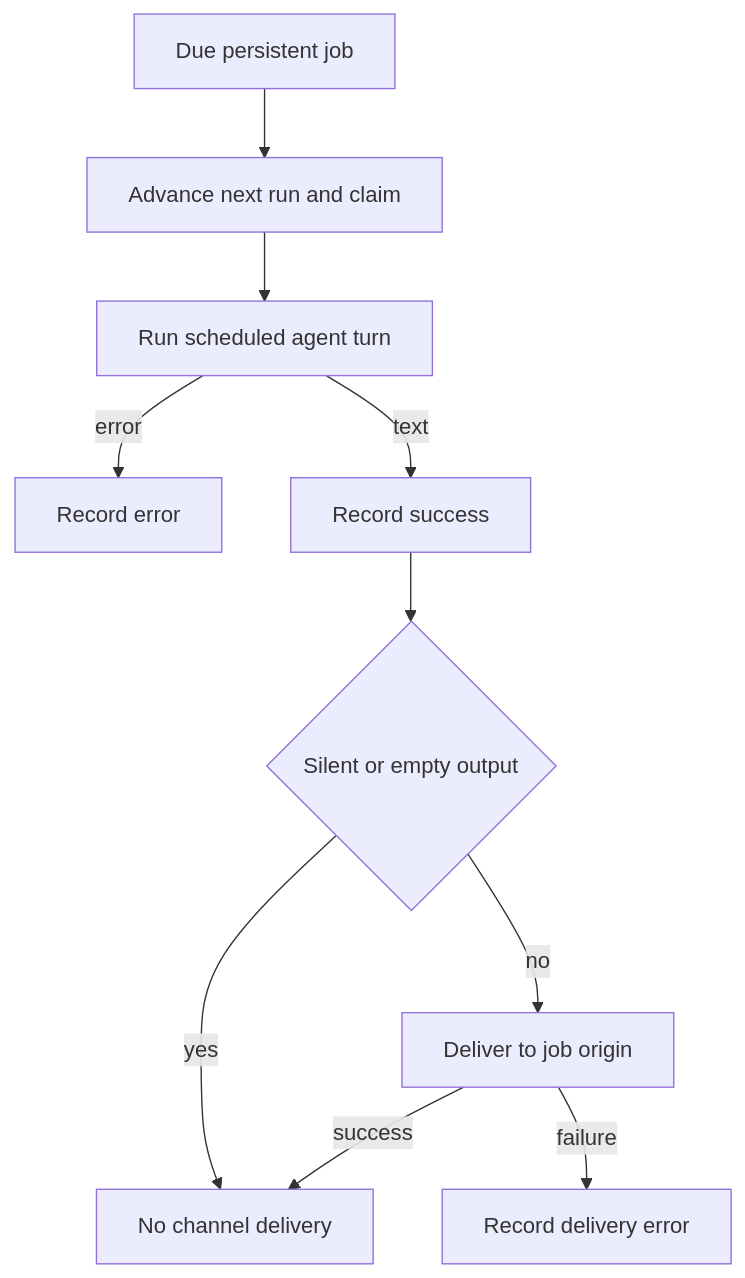
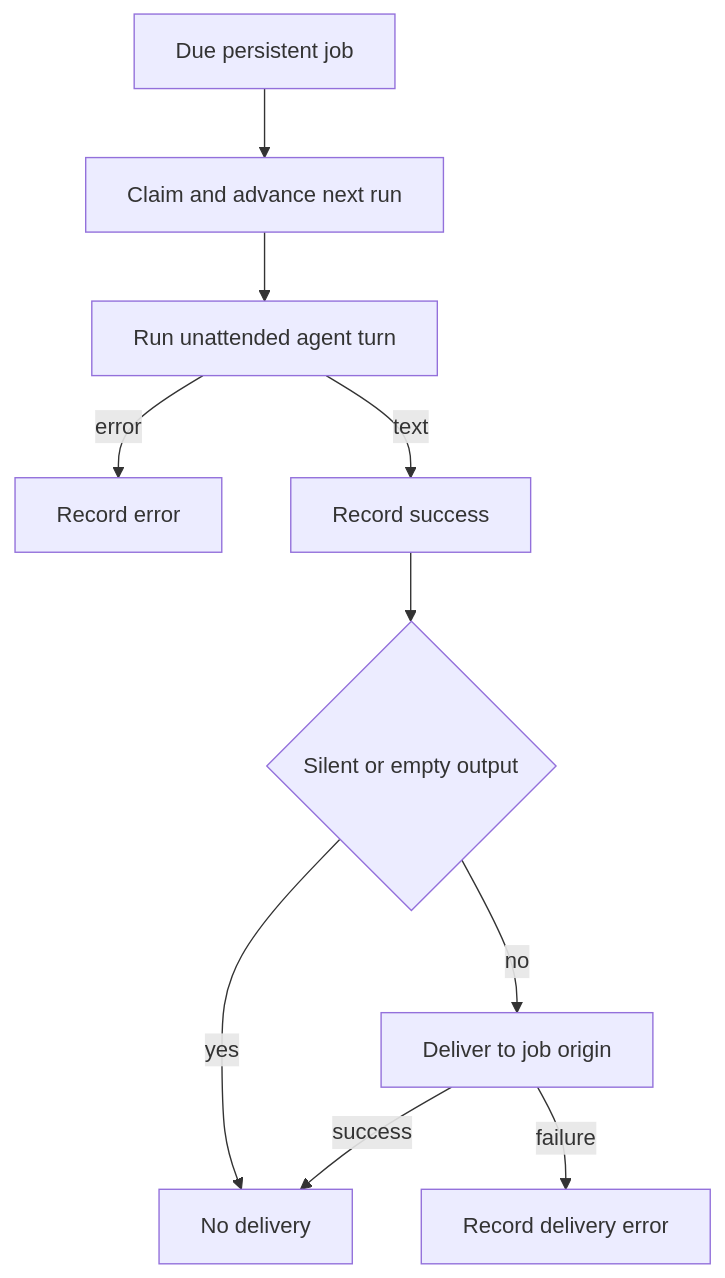
One commit to langchain-ai/deepagents changed the second of 2 diagrams in openwiki/integrations/talon.md. Above: the diagram before and after it, drawn with Mermaid. The commit also changed other lines of this file and 28 other files, not shown here.

````diff
--- a/openwiki/integrations/talon.md
+++ b/openwiki/integrations/talon.md
@@ -115,12 +136,12 @@
 ```mermaid
 flowchart TD
-    Due["Due persistent job"] --> Claim["Advance next run and claim"]
-    Claim --> Run["Run scheduled agent turn"]
+    Due["Due persistent job"] --> Claim["Claim and advance next run"]
+    Claim --> Run["Run unattended agent turn"]
     Run -->|error| RecordError["Record error"]
     Run -->|text| RecordOK["Record success"]
     RecordOK --> Silent{"Silent or empty output"}
-    Silent -->|yes| Done["No channel delivery"]
+    Silent -->|yes| Finished["No delivery"]
     Silent -->|no| Deliver["Deliver to job origin"]
     Deliver -->|failure| DeliveryError["Record delivery error"]
-    Deliver -->|success| Done
+    Deliver -->|success| Finished
 ```
````
